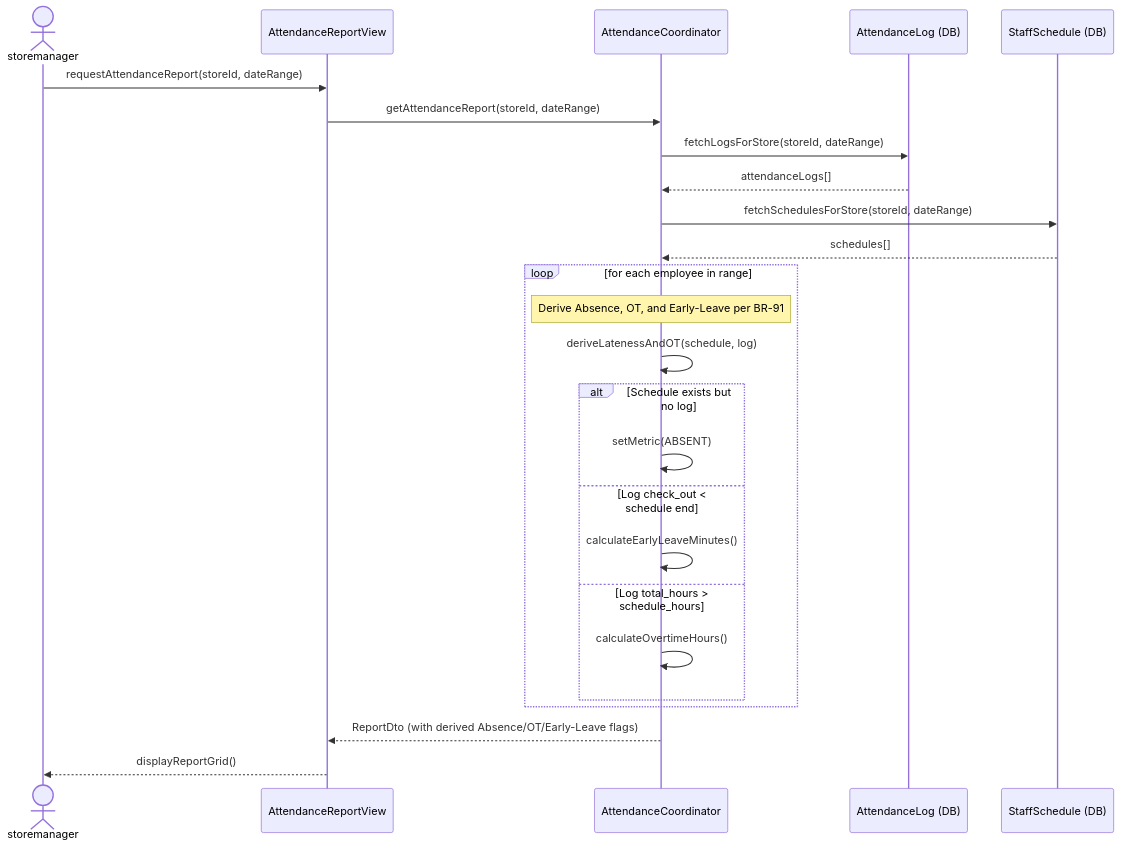
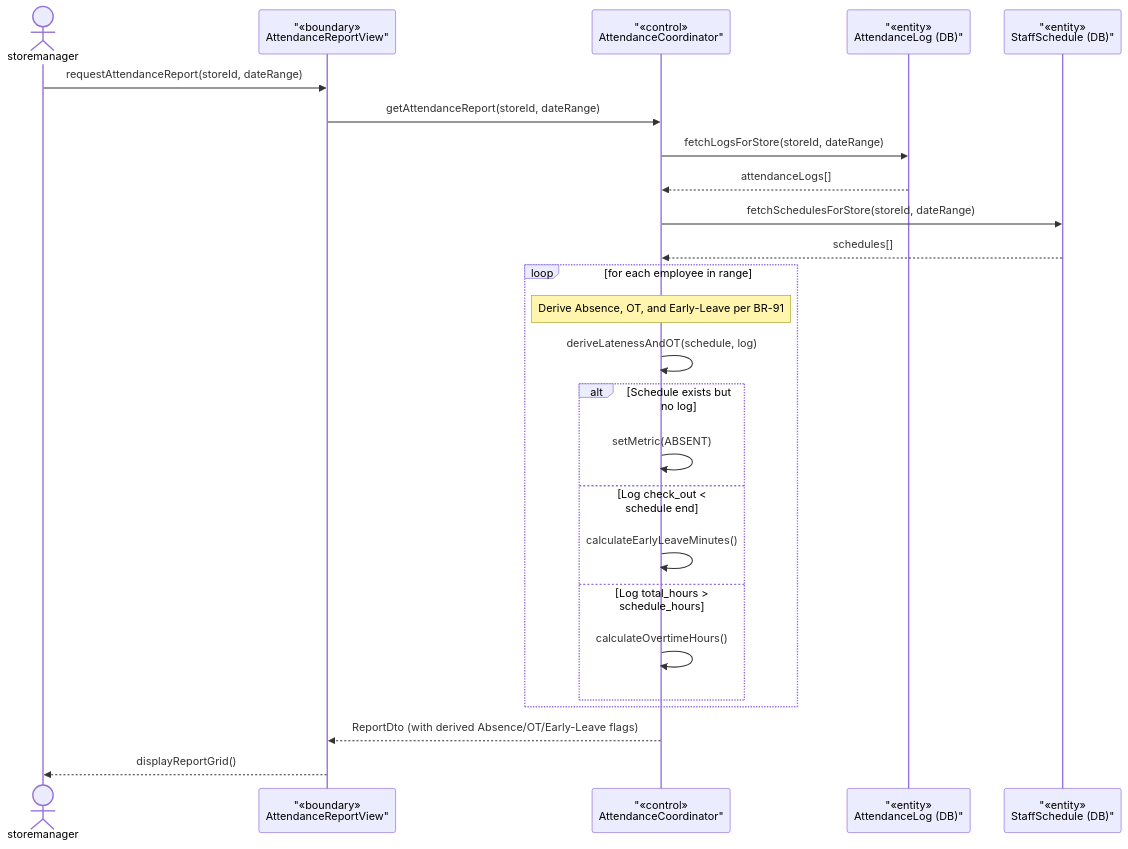
Before and after one commit to Shaichi/Khoga_coffe_shop: the fifth of 5 diagrams in rds_sections/12_detailed_3_9_staff_management.md, drawn with Mermaid. The commit also changed other lines of this file and 13 other files, not shown here.

````diff
--- a/rds_sections/12_detailed_3_9_staff_management.md
+++ b/rds_sections/12_detailed_3_9_staff_management.md
@@ -244,30 +244,30 @@
 ```mermaid
 sequenceDiagram
     actor storemanager
-    participant ReportView as AttendanceReportView
-    participant AttendCoord as AttendanceCoordinator
-    participant AttendDB as AttendanceLog (DB)
-    participant ScheduleDB as StaffSchedule (DB)
+participant ReportView as "«boundary»<br/>AttendanceReportView"
+participant AttendCoord as "«control»<br/>AttendanceCoordinator"
+participant AttendDB as "«entity»<br/>AttendanceLog (DB)"
+participant ScheduleDB as "«entity»<br/>StaffSchedule (DB)"
 
     storemanager->>ReportView: requestAttendanceReport(storeId, dateRange)
     ReportView->>AttendCoord: getAttendanceReport(storeId, dateRange)
     AttendCoord->>AttendDB: fetchLogsForStore(storeId, dateRange)
     AttendDB-->>AttendCoord: attendanceLogs[]
     AttendCoord->>ScheduleDB: fetchSchedulesForStore(storeId, dateRange)
     ScheduleDB-->>AttendCoord: schedules[]
 
     loop for each employee in range
         Note over AttendCoord: Derive Absence, OT, and Early-Leave per BR-91
         AttendCoord->>AttendCoord: deriveLatenessAndOT(schedule, log)
         alt Schedule exists but no log
             AttendCoord->>AttendCoord: setMetric(ABSENT)
         else Log check_out < schedule end
             AttendCoord->>AttendCoord: calculateEarlyLeaveMinutes()
         else Log total_hours > schedule_hours
             AttendCoord->>AttendCoord: calculateOvertimeHours()
         end
     end
 
     AttendCoord-->>ReportView: ReportDto (with derived Absence/OT/Early-Leave flags)
     ReportView-->>storemanager: displayReportGrid()
 ```
````
